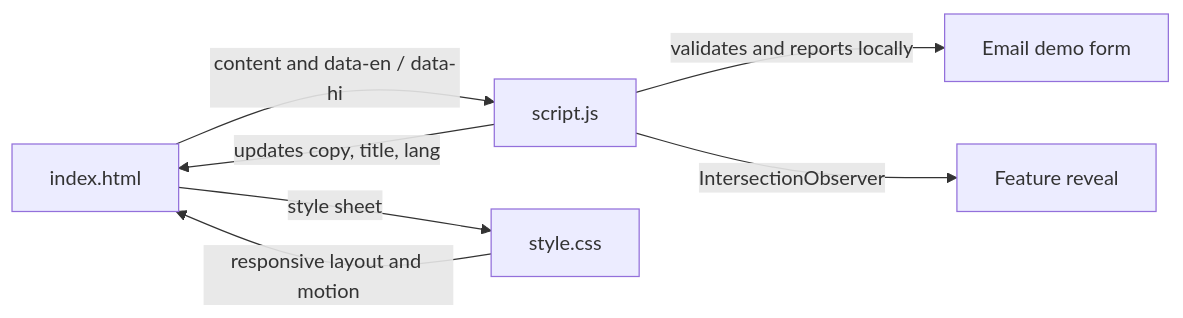
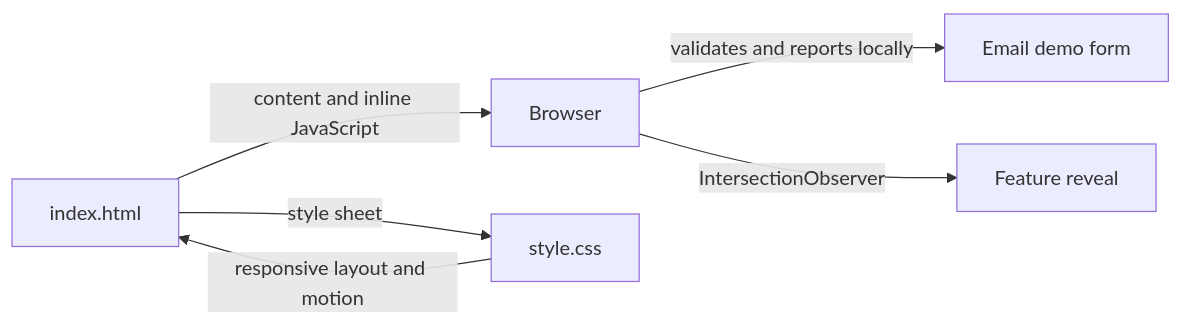
The diagram in README.md (yashgupta015120/netflix), drawn with Mermaid before and after one commit. The commit also changed other lines of this file and 3 other files, not shown here.

````diff
--- a/README.md
+++ b/README.md
@@ -76,9 +78,8 @@
 ```mermaid
 flowchart LR
-    A[index.html] -->|content and data-en / data-hi| B[script.js]
+    A[index.html] -->|content and inline JavaScript| B[Browser]
     A -->|style sheet| C[style.css]
-    B -->|updates copy, title, lang| A
     B -->|validates and reports locally| D[Email demo form]
     B -->|IntersectionObserver| E[Feature reveal]
     C -->|responsive layout and motion| A
 ```
````
